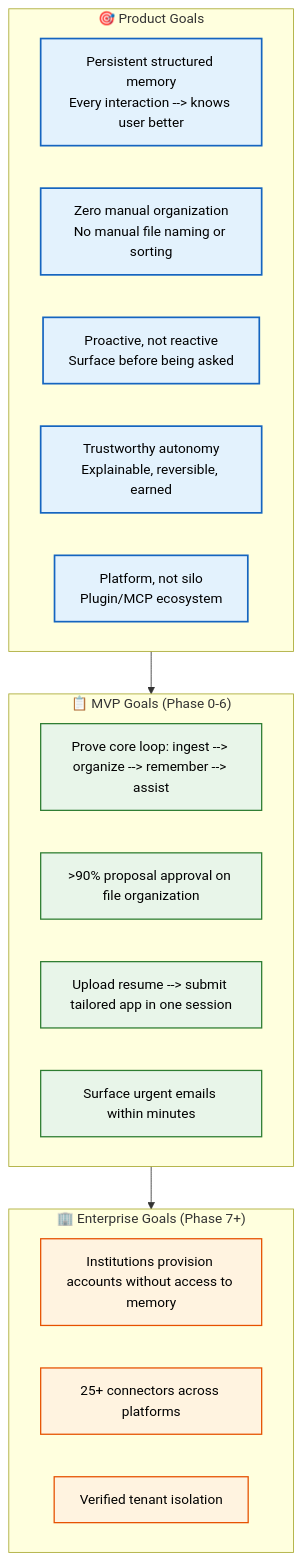
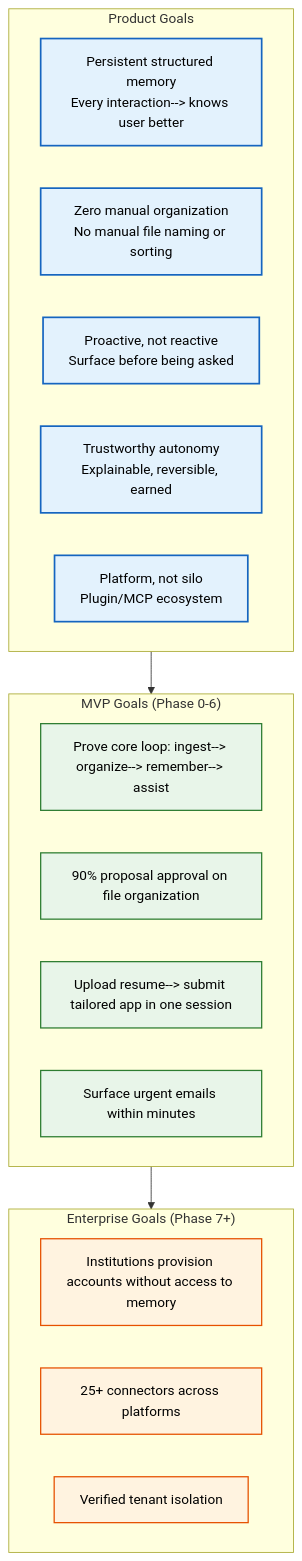
One commit to Driftloom/Vaeloom changed the diagram in docs/product/Goals.md. Above: the diagram before and after it, drawn with Mermaid. The commit also changed 694 other files, not shown here.

First line of the commit message:
docs: mermaid standardization — encoding/mermaid/duplicate cleanup

````diff
--- a/docs/product/Goals.md
+++ b/docs/product/Goals.md
@@ -8,33 +8,33 @@
 ```mermaid
 graph TD
-    classDef product fill:#e3f2fd,stroke:#1565c0,color:#000,stroke-width:2px
-    classDef mvp fill:#e8f5e9,stroke:#2e7d32,color:#000,stroke-width:1.5px
-    classDef ent fill:#fff3e0,stroke:#e65100,color:#000,stroke-width:1.5px
+ classDef product fill:#e3f2fd,stroke:#1565c0,color:#000,stroke-width:2px
+ classDef mvp fill:#e8f5e9,stroke:#2e7d32,color:#000,stroke-width:1.5px
+ classDef ent fill:#fff3e0,stroke:#e65100,color:#000,stroke-width:1.5px
 
-    subgraph Product["🎯 Product Goals"]
-        G1["Persistent structured memory<br/>Every interaction --> knows user better"]
-        G2["Zero manual organization<br/>No manual file naming or sorting"]
-        G3["Proactive, not reactive<br/>Surface before being asked"]
-        G4["Trustworthy autonomy<br/>Explainable, reversible, earned"]
-        G5["Platform, not silo<br/>Plugin/MCP ecosystem"]
-    end
+ subgraph Product["Product Goals"]
+ G1["Persistent structured memory<br/>Every interaction--> knows user better"]
+ G2["Zero manual organization<br/>No manual file naming or sorting"]
+ G3["Proactive, not reactive<br/>Surface before being asked"]
+ G4["Trustworthy autonomy<br/>Explainable, reversible, earned"]
+ G5["Platform, not silo<br/>Plugin/MCP ecosystem"]
+ end
 
-    subgraph MVP["📋 MVP Goals (Phase 0-6)"]
-        M1["Prove core loop: ingest --> organize --> remember --> assist"]
-        M2[">90% proposal approval on file organization"]
-        M3["Upload resume --> submit tailored app in one session"]
-        M4["Surface urgent emails within minutes"]
-    end
+ subgraph MVP["MVP Goals (Phase 0-6)"]
+ M1["Prove core loop: ingest--> organize--> remember--> assist"]
+ M2["90% proposal approval on file organization"]
+ M3["Upload resume--> submit tailored app in one session"]
+ M4["Surface urgent emails within minutes"]
+ end
 
-    subgraph Enterprise["🏢 Enterprise Goals (Phase 7+)"]
-        E1["Institutions provision accounts without access to memory"]
-        E2["25+ connectors across platforms"]
-        E3["Verified tenant isolation"]
-    end
+ subgraph Enterprise["Enterprise Goals (Phase 7+)"]
+ E1["Institutions provision accounts without access to memory"]
+ E2["25+ connectors across platforms"]
+ E3["Verified tenant isolation"]
+ end
 
-    Product --> MVP --> Enterprise
+ Product--> MVP--> Enterprise
 
-    class G1,G2,G3,G4,G5 product
-    class M1,M2,M3,M4 mvp
-    class E1,E2,E3 ent
+ class G1,G2,G3,G4,G5 product
+ class M1,M2,M3,M4 mvp
+ class E1,E2,E3 ent
 ```
````
